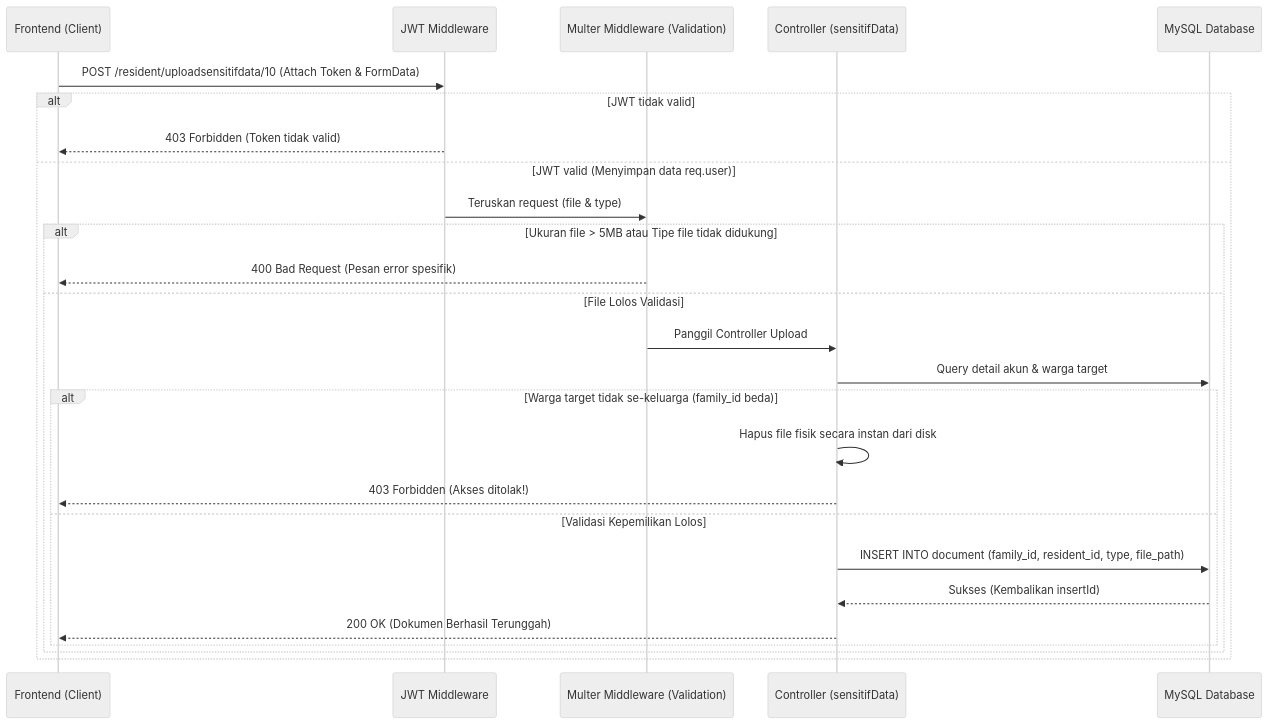
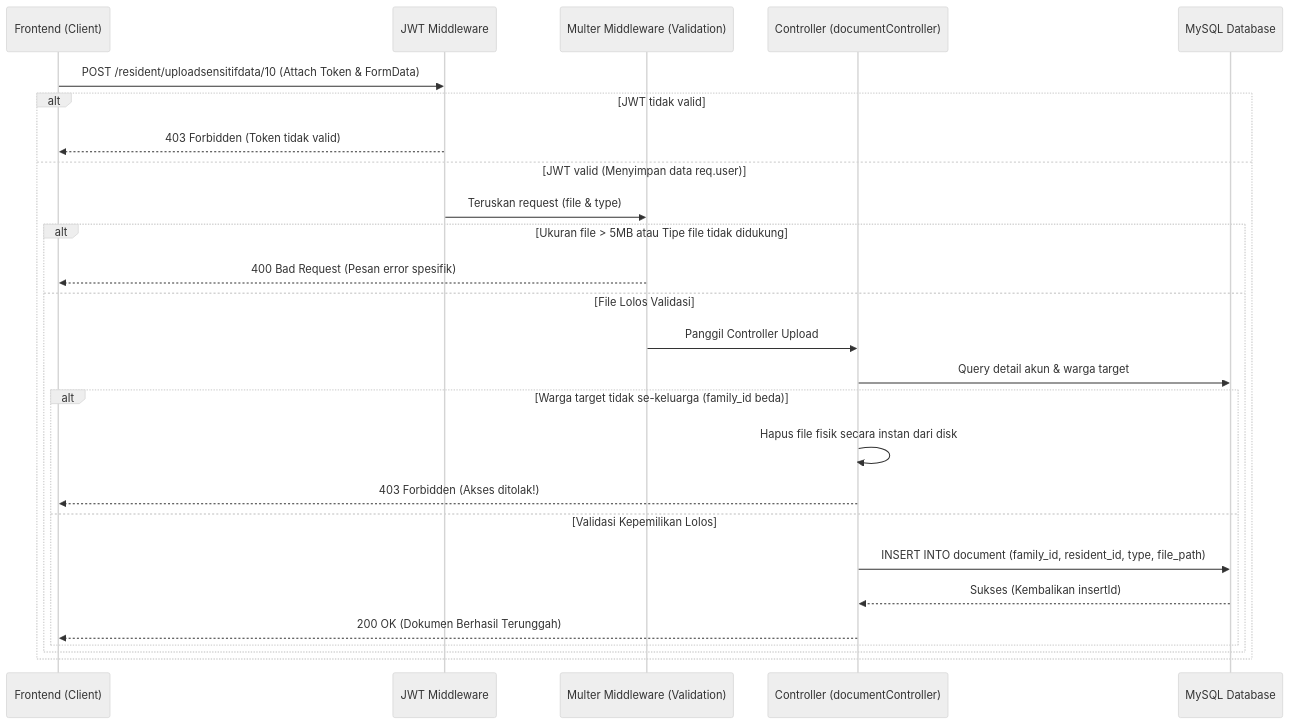
The diagram in guideline/6.upload_download_dokumen_sensitif.md (yangtuwatuwa/backend-website-rt), drawn with Mermaid (neutral theme) before and after one commit. The commit also changed 17 other files, not shown here.

````diff
--- a/guideline/6.upload_download_dokumen_sensitif.md
+++ b/guideline/6.upload_download_dokumen_sensitif.md
@@ -21,29 +21,29 @@
 ```mermaid
 sequenceDiagram
     participant FE as Frontend (Client)
     participant JWT as JWT Middleware
     participant Multer as Multer Middleware (Validation)
-    participant Ctrl as Controller (sensitifData)
+    participant Ctrl as Controller (documentController)
     participant DB as MySQL Database
 
     FE->>JWT: POST /resident/uploadsensitifdata/10 (Attach Token & FormData)
     alt JWT tidak valid
         JWT-->>FE: 403 Forbidden (Token tidak valid)
     else JWT valid (Menyimpan data req.user)
         JWT->>Multer: Teruskan request (file & type)
         alt Ukuran file > 5MB atau Tipe file tidak didukung
             Multer-->>FE: 400 Bad Request (Pesan error spesifik)
         else File Lolos Validasi
             Multer->>Ctrl: Panggil Controller Upload
             Ctrl->>DB: Query detail akun & warga target
             alt Warga target tidak se-keluarga (family_id beda)
                 Ctrl->>Ctrl: Hapus file fisik secara instan dari disk
                 Ctrl-->>FE: 403 Forbidden (Akses ditolak!)
             else Validasi Kepemilikan Lolos
                 Ctrl->>DB: INSERT INTO document (family_id, resident_id, type, file_path)
                 DB-->>Ctrl: Sukses (Kembalikan insertId)
                 Ctrl-->>FE: 200 OK (Dokumen Berhasil Terunggah)
             end
         end
     end
 ```
````
